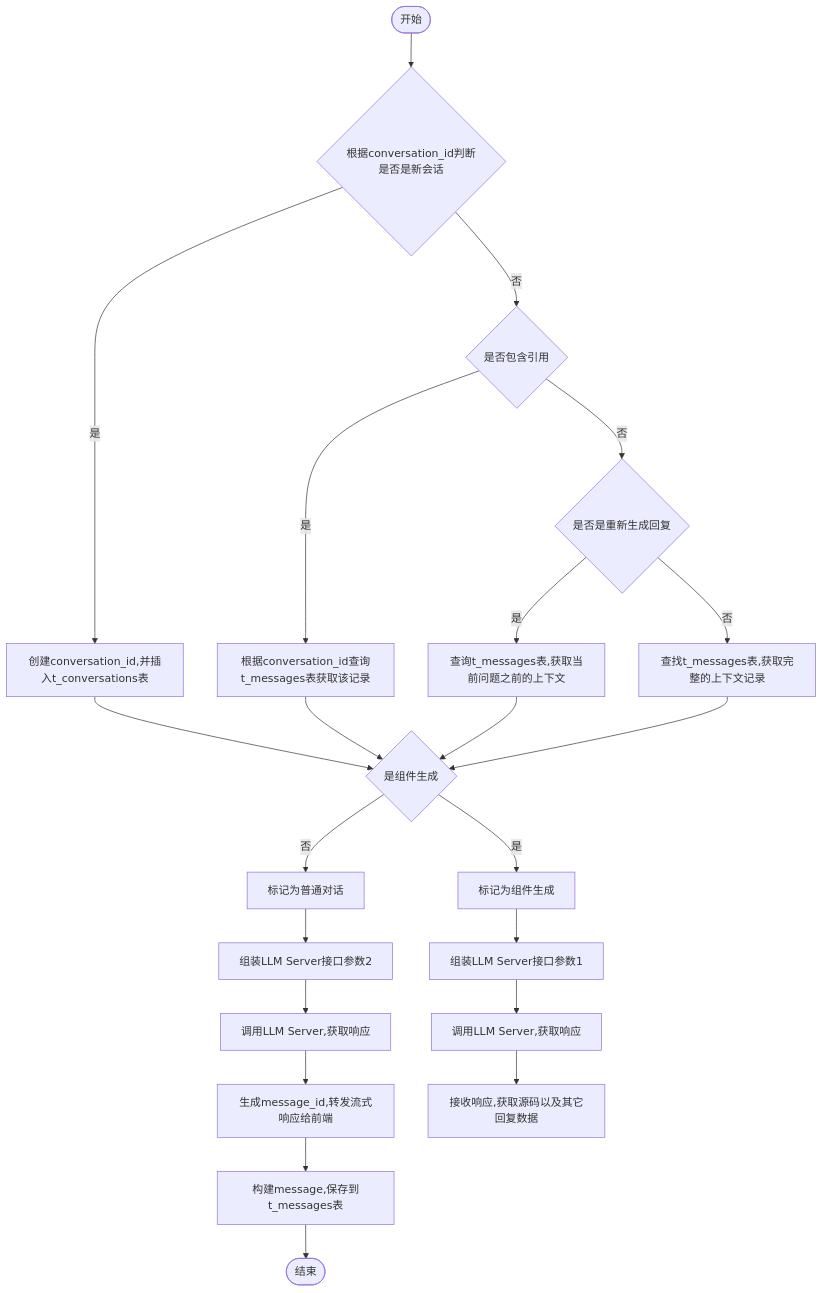
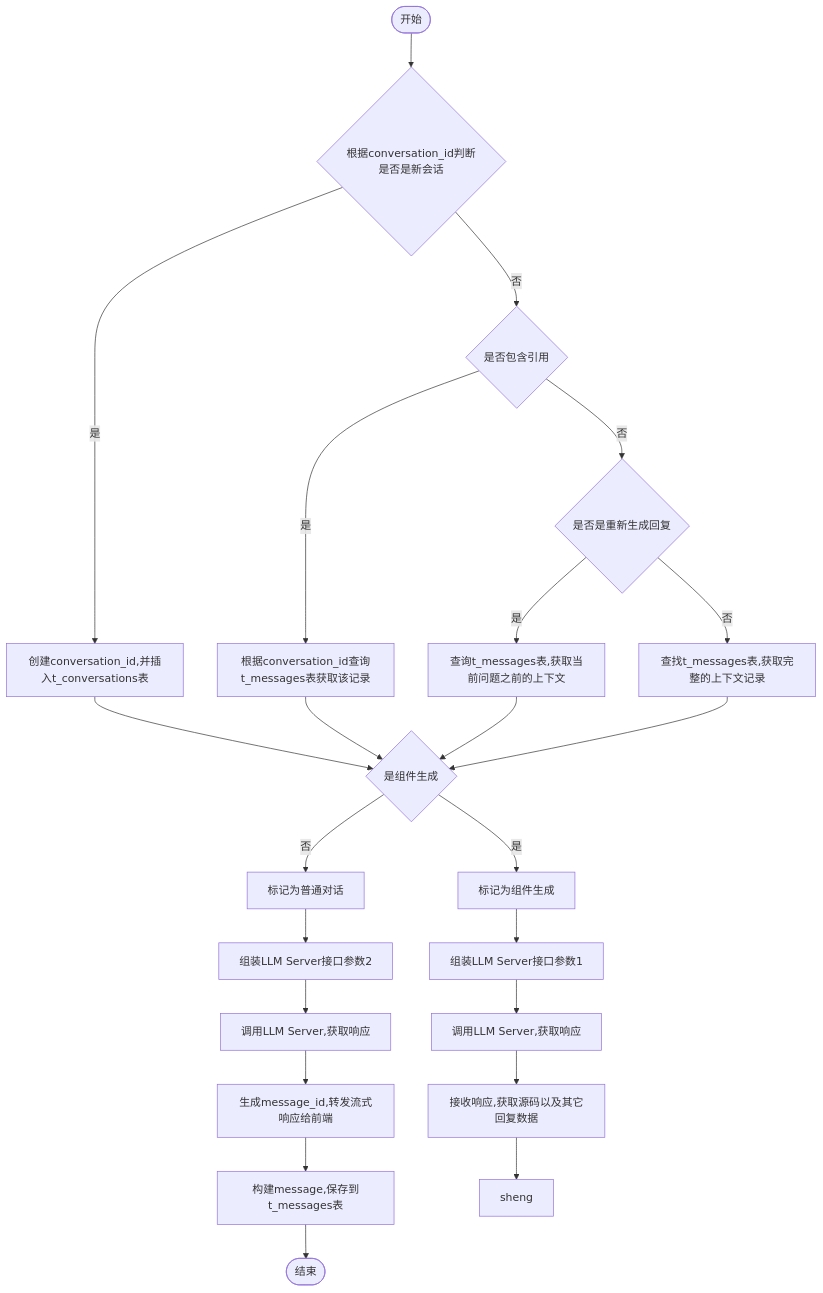
The diagram in all/未命名-7.md (yingjianzh/iodraw-files), drawn with Mermaid before and after one commit.

Commit message:
2024-10-12 14:35:22 update

````diff
--- a/all/未命名-7.md
+++ b/all/未命名-7.md
@@ -1,28 +1,28 @@
 ```mermaid
 flowchart TD
     A([开始]) --> B{根据conversation_id判断是否是新会话}
     B -- 是 --> C[创建conversation_id,并插入t_conversations表]
     B -- 否 --> D{是否包含引用}
     D -- 是 --> E[根据conversation_id查询t_messages表获取该记录]
     D -- 否 --> F{是否是重新生成回复}
     F -- 是 --> G[查询t_messages表,获取当前问题之前的上下文]
     F -- 否 --> H[查找t_messages表,获取完整的上下文记录]
      
     C & E & G & H --> I{是组件生成}
     I -- 是 --> J[标记为组件生成]
     I -- 否 --> K[标记为普通对话]
 
     J --> L[组装LLM Server接口参数1]    
     K --> M[组装LLM Server接口参数2]    
     M --> N[调用LLM Server,获取响应]    
     N --> O[生成message_id,转发流式响应给前端]
     O --> P[构建message,保存到t_messages表]
     P --> R([结束])
 
 
     L --> S[调用LLM Server,获取响应]
     S --> T[接收响应,获取源码以及其它回复数据]
-    
+    T --> U[sheng]
 
 
 ```
````
